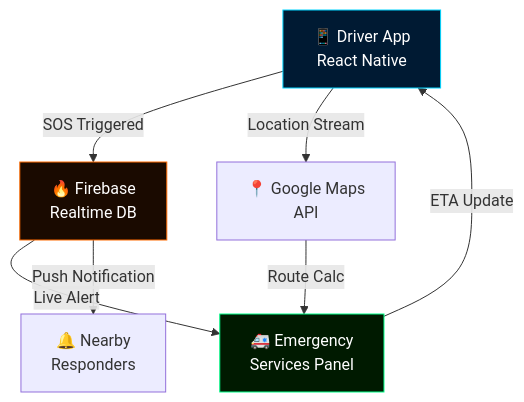
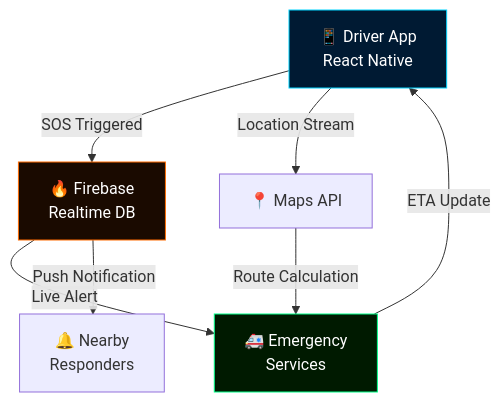
The fifth of 7 diagrams in README.md (LuthandoCandlovu/LuthandoCandlovu), drawn with Mermaid before and after one commit. The commit also changed other lines of this file, not shown here.

````diff
--- a/README.md
+++ b/README.md
@@ -333,13 +309,13 @@
 ```mermaid
 graph TD
     A[📱 Driver App\nReact Native] -->|SOS Triggered| B[🔥 Firebase\nRealtime DB]
-    B -->|Live Alert| C[🚑 Emergency\nServices Panel]
+    B -->|Live Alert| C[🚑 Emergency\nServices]
     B -->|Push Notification| D[🔔 Nearby\nResponders]
-    A -->|Location Stream| E[📍 Google Maps\nAPI]
-    E -->|Route Calc| C
+    A -->|Location Stream| E[📍 Maps API]
+    E -->|Route Calculation| C
     C -->|ETA Update| A
 
     style A fill:#001a33,stroke:#00D4FF,color:#ffffff
     style B fill:#1a0a00,stroke:#FF6B00,color:#ffffff
     style C fill:#001a00,stroke:#00FF88,color:#ffffff
 ```
````
